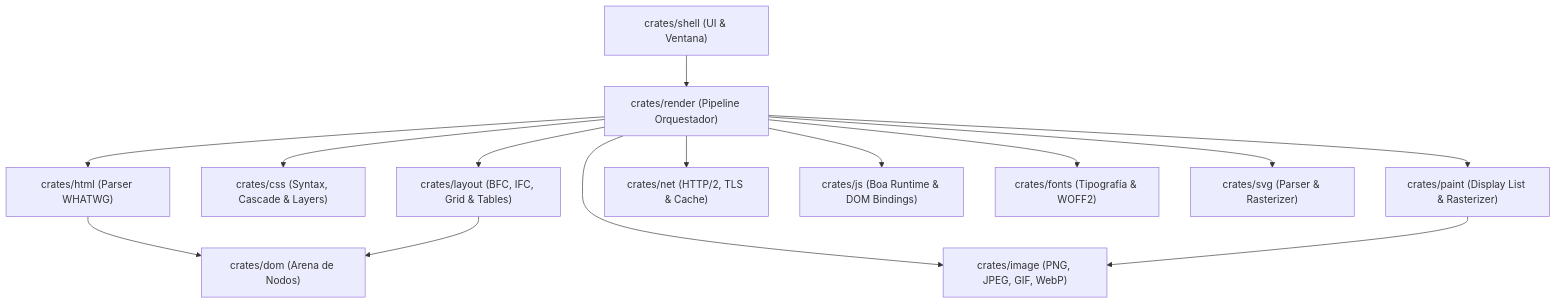
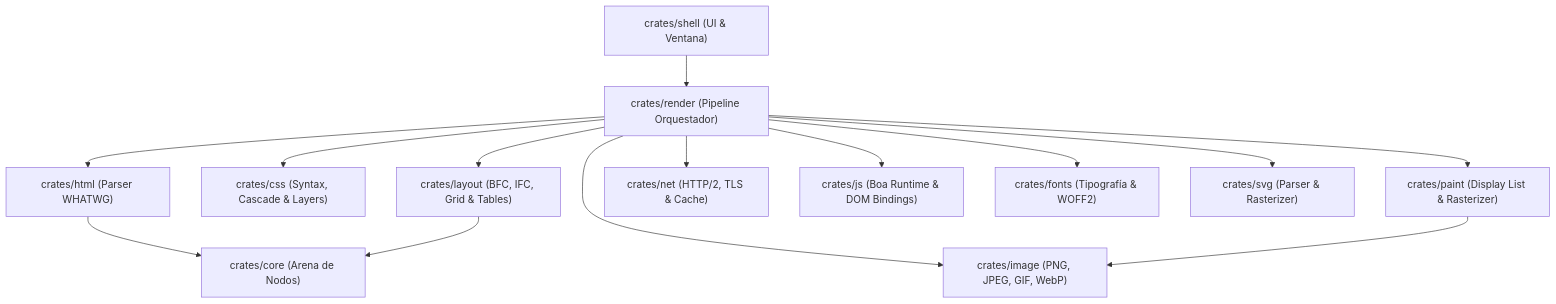
Before and after one commit to juanpimg/Megi: the diagram in README.md, drawn with Mermaid. The commit also changed other lines of this file and 205 other files, not shown here.

````diff
--- a/README.md
+++ b/README.md
@@ -114,17 +114,17 @@
 ```mermaid
 graph TD
     shell["crates/shell (UI & Ventana)"] --> render["crates/render (Pipeline Orquestador)"]
     render --> html["crates/html (Parser WHATWG)"]
     render --> css["crates/css (Syntax, Cascade & Layers)"]
     render --> layout["crates/layout (BFC, IFC, Grid & Tables)"]
     render --> paint["crates/paint (Display List & Rasterizer)"]
     render --> net["crates/net (HTTP/2, TLS & Cache)"]
     render --> js["crates/js (Boa Runtime & DOM Bindings)"]
     render --> fonts["crates/fonts (Tipografía & WOFF2)"]
     render --> image["crates/image (PNG, JPEG, GIF, WebP)"]
     render --> svg["crates/svg (Parser & Rasterizer)"]
     
-    html --> dom["crates/dom (Arena de Nodos)"]
+    html --> dom["crates/core (Arena de Nodos)"]
     layout --> dom
     paint --> image
 ```
````
